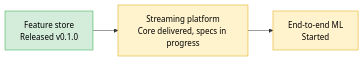
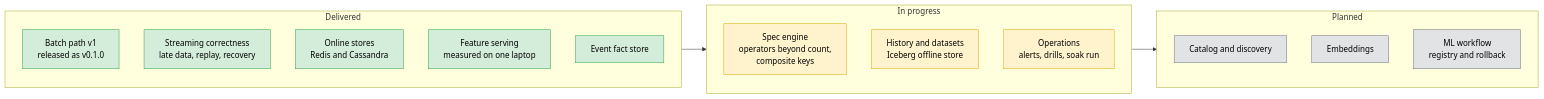
Diagram 12 of 12 in ARCHITECTURE.md (oster-dev/featureforge), drawn with Mermaid before and after one commit. The commit also changed other lines of this file and 20 other files, not shown here.

````diff
--- a/ARCHITECTURE.md
+++ b/ARCHITECTURE.md
@@ -414,11 +629,28 @@
 ```mermaid
 flowchart LR
-    P1[Feature store<br/>Released v0.1.0]:::done
-    P2[Streaming platform<br/>Core delivered, specs in progress]:::wip
-    P3[End-to-end ML<br/>Started]:::wip
-    P1 --> P2 --> P3
+    subgraph Done["Delivered"]
+        direction TB
+        A1[Batch path v1<br/>released as v0.1.0]:::done
+        A2[Streaming correctness<br/>late data, replay, recovery]:::done
+        A3[Online stores<br/>Redis and Cassandra]:::done
+        A4[Feature serving<br/>measured on one laptop]:::done
+        A5[Event fact store]:::done
+    end
+    subgraph Wip["In progress"]
+        direction TB
+        B1[Spec engine<br/>operators beyond count,<br/>composite keys]:::wip
+        B2[History and datasets<br/>Iceberg offline store]:::wip
+        B3[Operations<br/>alerts, drills, soak run]:::wip
+    end
+    subgraph Plan["Planned"]
+        direction TB
+        C1[Catalog and discovery]:::plan
+        C2[Embeddings]:::plan
+        C3[ML workflow<br/>registry and rollback]:::plan
+    end
+    Done --> Wip --> Plan
 
     classDef done fill:#d4edda,stroke:#28a745,color:#000
     classDef wip fill:#fff3cd,stroke:#e0a800,color:#000
     classDef plan fill:#e2e3e5,stroke:#6c757d,color:#000
 ```
````
